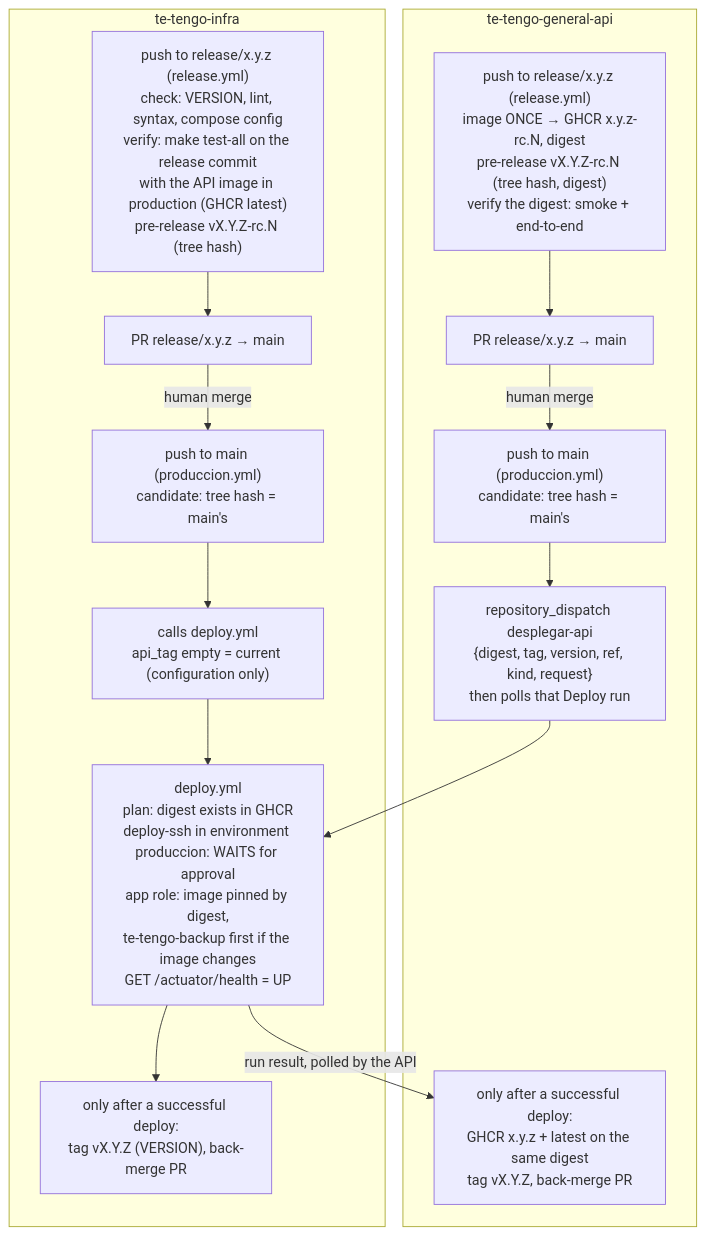
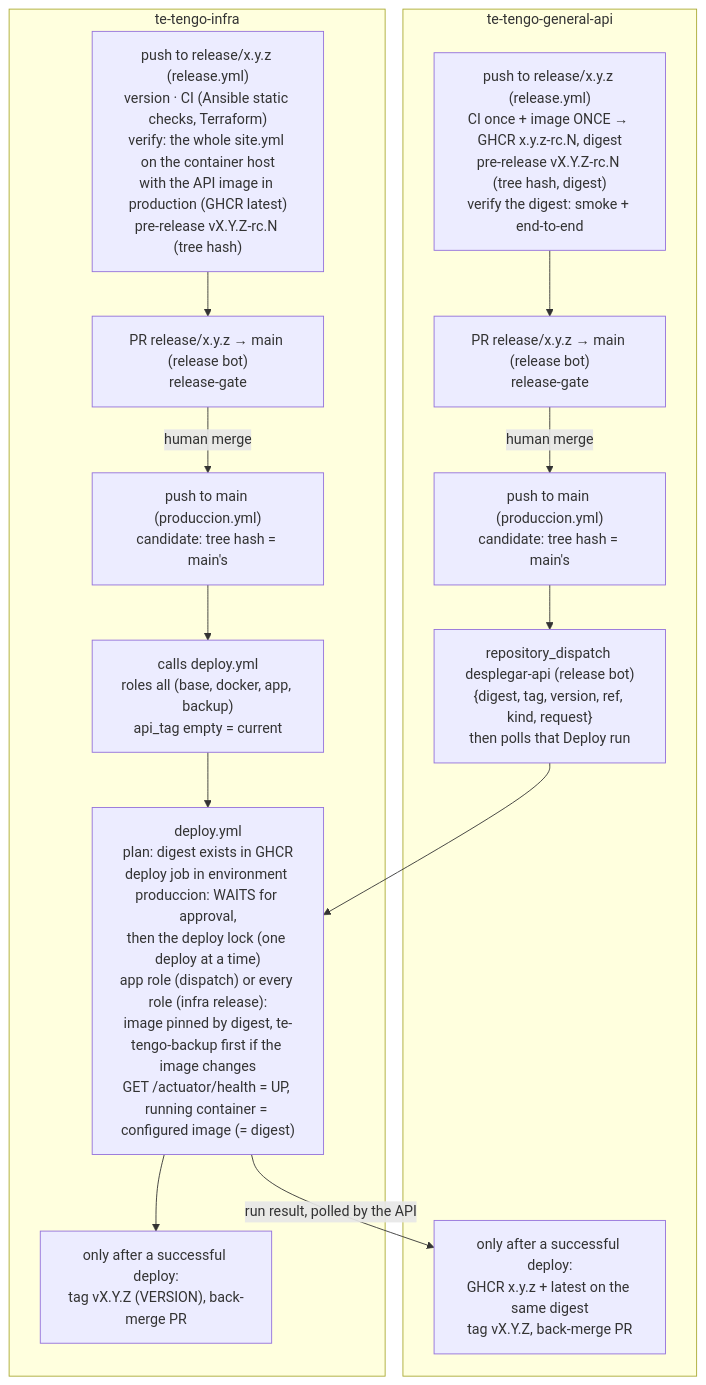
One commit to Te-Tengo-Tech/te-tengo-infra changed the diagram in docs/deploy.md. Above: the diagram before and after it, drawn with Mermaid. The commit also changed other lines of this file and 4 other files, not shown here.

Commit message:
docs: describe the release gate, the deploy lock and the rollback rehearsal

````diff
--- a/docs/deploy.md
+++ b/docs/deploy.md
@@ -53,20 +53,20 @@
 ```mermaid
 flowchart TD
   subgraph api["te-tengo-general-api"]
-    arel["push to release/x.y.z (release.yml)<br/>image ONCE → GHCR x.y.z-rc.N, digest<br/>pre-release vX.Y.Z-rc.N (tree hash, digest)<br/>verify the digest: smoke + end-to-end"] --> apr["PR release/x.y.z → main"]
+    arel["push to release/x.y.z (release.yml)<br/>CI once + image ONCE → GHCR x.y.z-rc.N, digest<br/>pre-release vX.Y.Z-rc.N (tree hash, digest)<br/>verify the digest: smoke + end-to-end"] --> apr["PR release/x.y.z → main (release bot)<br/>release-gate"]
     apr -->|"human merge"| amain["push to main (produccion.yml)<br/>candidate: tree hash = main's"]
-    amain --> adisp["repository_dispatch desplegar-api<br/>{digest, tag, version, ref, kind, request}<br/>then polls that Deploy run"]
+    amain --> adisp["repository_dispatch desplegar-api (release bot)<br/>{digest, tag, version, ref, kind, request}<br/>then polls that Deploy run"]
     adone["only after a successful deploy:<br/>GHCR x.y.z + latest on the same digest<br/>tag vX.Y.Z, back-merge PR"]
   end
   subgraph infra["te-tengo-infra"]
-    irel["push to release/x.y.z (release.yml)<br/>check: VERSION, lint, syntax, compose config<br/>verify: make test-all on the release commit<br/>with the API image in production (GHCR latest)<br/>pre-release vX.Y.Z-rc.N (tree hash)"] --> ipr["PR release/x.y.z → main"]
+    irel["push to release/x.y.z (release.yml)<br/>version · CI (Ansible static checks, Terraform)<br/>verify: the whole site.yml on the container host<br/>with the API image in production (GHCR latest)<br/>pre-release vX.Y.Z-rc.N (tree hash)"] --> ipr["PR release/x.y.z → main (release bot)<br/>release-gate"]
     ipr -->|"human merge"| imain["push to main (produccion.yml)<br/>candidate: tree hash = main's"]
-    imain --> icall["calls deploy.yml<br/>api_tag empty = current (configuration only)"]
+    imain --> icall["calls deploy.yml<br/>roles all (base, docker, app, backup)<br/>api_tag empty = current"]
     idone["only after a successful deploy:<br/>tag vX.Y.Z (VERSION), back-merge PR"]
-    deploy["deploy.yml<br/>plan: digest exists in GHCR<br/>deploy-ssh in environment produccion: WAITS for approval<br/>app role: image pinned by digest,<br/>te-tengo-backup first if the image changes<br/>GET /actuator/health = UP"]
+    deploy["deploy.yml<br/>plan: digest exists in GHCR<br/>deploy job in environment produccion: WAITS for approval,<br/>then the deploy lock (one deploy at a time)<br/>app role (dispatch) or every role (infra release):<br/>image pinned by digest, te-tengo-backup first if the image changes<br/>GET /actuator/health = UP, running container = configured image (= digest)"]
   end
   adisp --> deploy
   icall --> deploy
   deploy -->|"run result, polled by the API"| adone
   deploy --> idone
 ```
````
